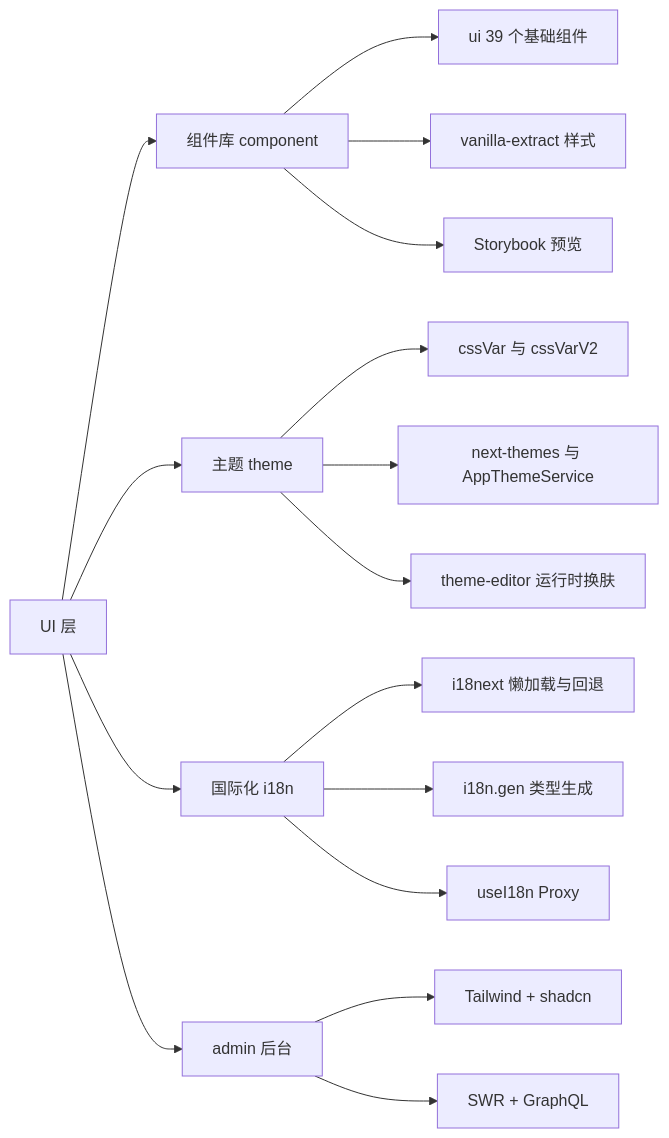
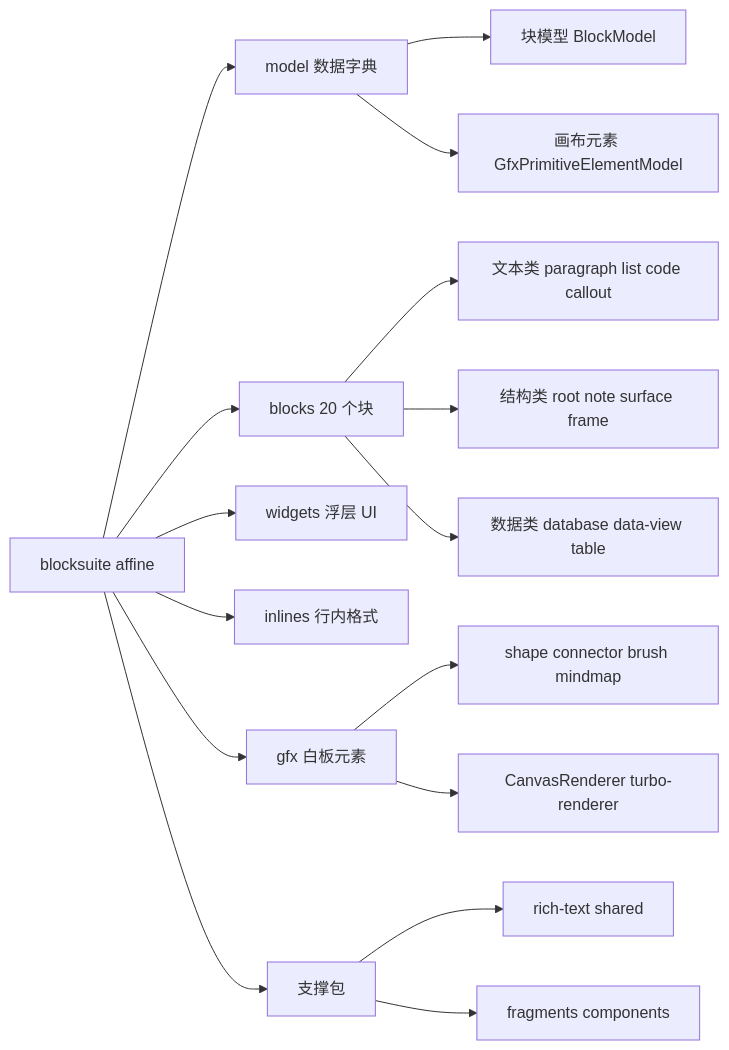
Before and after one commit to lfire/AFFiNE: the first of 4 diagrams in learning-guide/slides/decks/18.md, drawn with Mermaid. The commit also changed other lines of this file and 73 other files, not shown here.

````diff
--- a/learning-guide/slides/decks/18.md
+++ b/learning-guide/slides/decks/18.md
@@ -31,18 +33,18 @@
 ```mermaid
 flowchart LR
-  UI["UI 层"] --> C["组件库 component"]
-  UI --> T["主题 theme"]
-  UI --> I["国际化 i18n"]
-  UI --> A["admin 后台"]
-  C --> C1["ui 39 个基础组件"]
-  C --> C2["vanilla-extract 样式"]
-  C --> C3["Storybook 预览"]
-  T --> T1["cssVar 与 cssVarV2"]
-  T --> T2["next-themes 与 AppThemeService"]
-  T --> T3["theme-editor 运行时换肤"]
-  I --> I1["i18next 懒加载与回退"]
-  I --> I2["i18n.gen 类型生成"]
-  I --> I3["useI18n Proxy"]
-  A --> A1["Tailwind + shadcn"]
-  A --> A2["SWR + GraphQL"]
+  ROOT["blocksuite affine"] --> M["model 数据字典"]
+  ROOT --> B["blocks 20 个块"]
+  ROOT --> W["widgets 浮层 UI"]
+  ROOT --> I["inlines 行内格式"]
+  ROOT --> G["gfx 白板元素"]
+  ROOT --> S["支撑包"]
+  M --> M1["块模型 BlockModel"]
+  M --> M2["画布元素 GfxPrimitiveElementModel"]
+  B --> B1["文本类 paragraph list code callout"]
+  B --> B2["结构类 root note surface frame"]
+  B --> B3["数据类 database data-view table"]
+  G --> G1["shape connector brush mindmap"]
+  G --> G2["CanvasRenderer turbo-renderer"]
+  S --> S1["rich-text shared"]
+  S --> S2["fragments components"]
 ```
````
